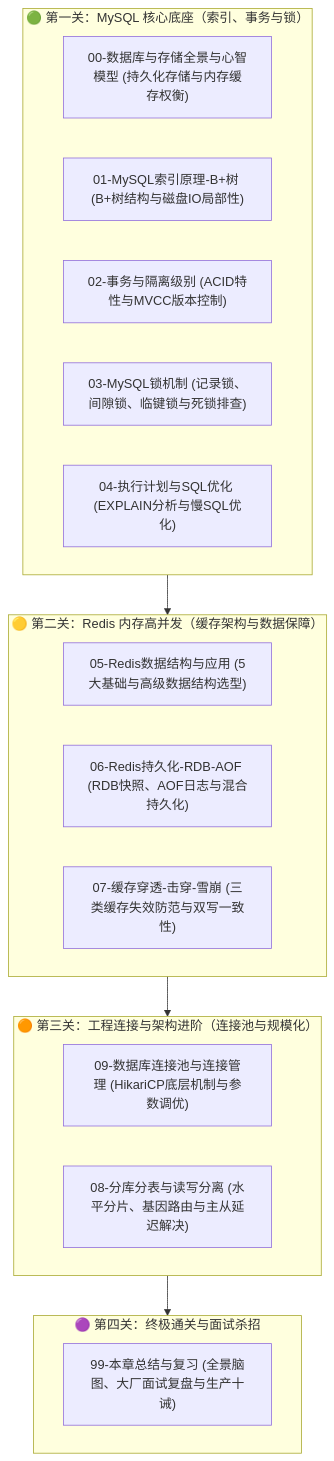
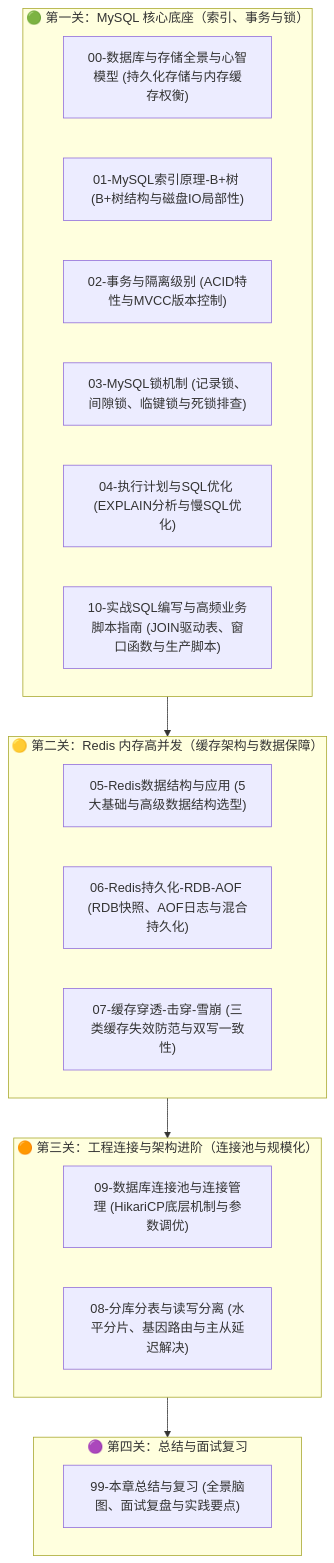
One commit to GuoWWWX/knowledge-base changed the diagram in 20-Java后端/05-数据库与存储/_index.md. Above: the diagram before and after it, drawn with Mermaid. The commit also changed other lines of this file and 251 other files, not shown here.

````diff
--- a/20-Java后端/05-数据库与存储/_index.md
+++ b/20-Java后端/05-数据库与存储/_index.md
@@ -23,30 +23,31 @@
 ```mermaid
 flowchart TD
     classDef stage fill:#f6ffed,stroke:#b7eb8f,stroke-width:2px;
     classDef doc fill:#e6f7ff,stroke:#91d5ff,stroke-width:1px;
 
     subgraph S1["🟢 第一关：MySQL 核心底座（索引、事务与锁）"]
         D00["00-数据库与存储全景与心智模型 (持久化存储与内存缓存权衡)"]
         D01["01-MySQL索引原理-B+树 (B+树结构与磁盘IO局部性)"]
         D02["02-事务与隔离级别 (ACID特性与MVCC版本控制)"]
         D03["03-MySQL锁机制 (记录锁、间隙锁、临键锁与死锁排查)"]
         D04["04-执行计划与SQL优化 (EXPLAIN分析与慢SQL优化)"]
+        D10["10-实战SQL编写与高频业务脚本指南 (JOIN驱动表、窗口函数与生产脚本)"]
     end
 
     subgraph S2["🟡 第二关：Redis 内存高并发（缓存架构与数据保障）"]
         D05["05-Redis数据结构与应用 (5大基础与高级数据结构选型)"]
         D06["06-Redis持久化-RDB-AOF (RDB快照、AOF日志与混合持久化)"]
         D07["07-缓存穿透-击穿-雪崩 (三类缓存失效防范与双写一致性)"]
     end
 
     subgraph S3["🟠 第三关：工程连接与架构进阶（连接池与规模化）"]
         D09["09-数据库连接池与连接管理 (HikariCP底层机制与参数调优)"]
         D08["08-分库分表与读写分离 (水平分片、基因路由与主从延迟解决)"]
     end
 
-    subgraph S4["🟣 第四关：终极通关与面试杀招"]
-        D99["99-本章总结与复习 (全景脑图、大厂面试复盘与生产十诫)"]
+    subgraph S4["🟣 第四关：总结与面试复习"]
+        D99["99-本章总结与复习 (全景脑图、面试复盘与实践要点)"]
     end
 
     S1 --> S2 --> S3 --> S4
 ```
````
